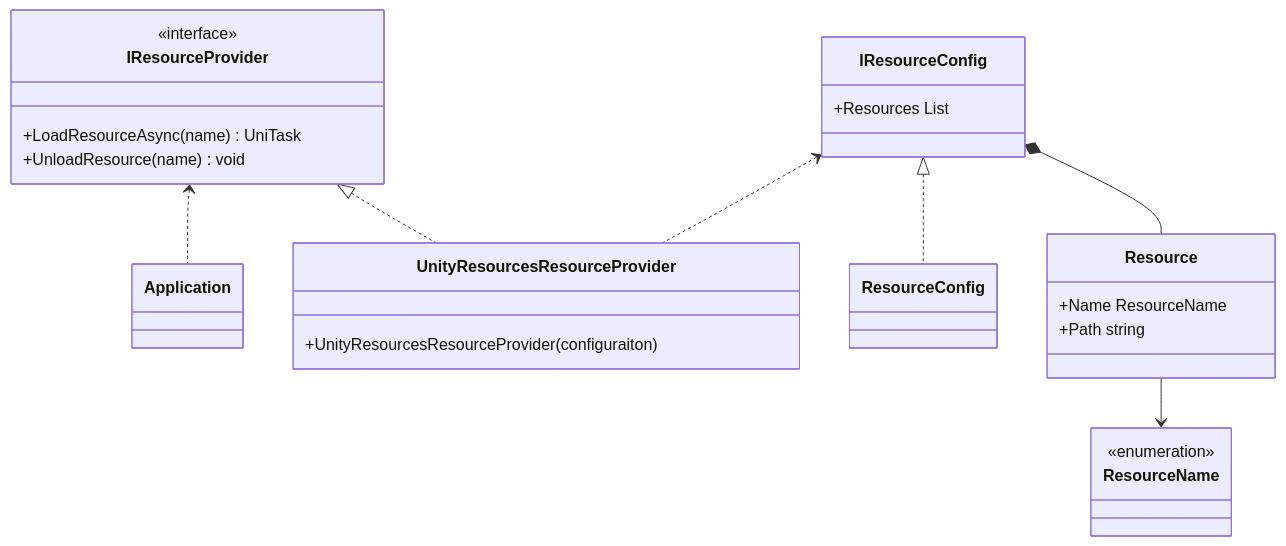
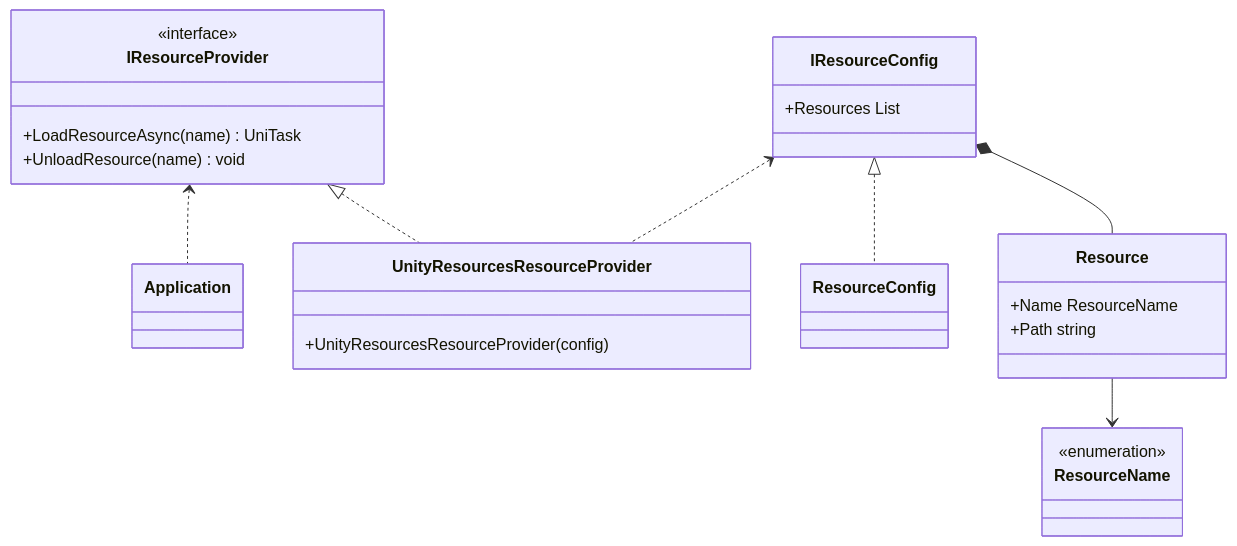
The first of 2 diagrams in docs/core/resource-provider.md (extreal-dev/Extreal.Guide), drawn with Mermaid before and after one commit.

````diff
--- a/docs/core/resource-provider.md
+++ b/docs/core/resource-provider.md
@@ -29,39 +29,39 @@
 ```mermaid
 classDiagram
 
     IResourceProvider <.. Application
     IResourceProvider <|.. UnityResourcesResourceProvider
     IResourceConfig <.. UnityResourcesResourceProvider
     IResourceConfig <|.. ResourceConfig
     IResourceConfig *-- Resource
     Resource --> ResourceName
 
     class Application {
     }
 
     class ResourceName {
         <<enumeration>>
     }
 
     class ResourceConfig {
     }
 
     class IResourceProvider {
         <<interface>>
         +LoadResourceAsync(name) UniTask
         +UnloadResource(name) void
     }
 
     class IResourceConfig {
         +Resources List        
     }
 
     class Resource {
         +Name ResourceName
         +Path string
     }
 
     class UnityResourcesResourceProvider {
-        +UnityResourcesResourceProvider(configuraiton)
+        +UnityResourcesResourceProvider(config)
     }
 ```
````
